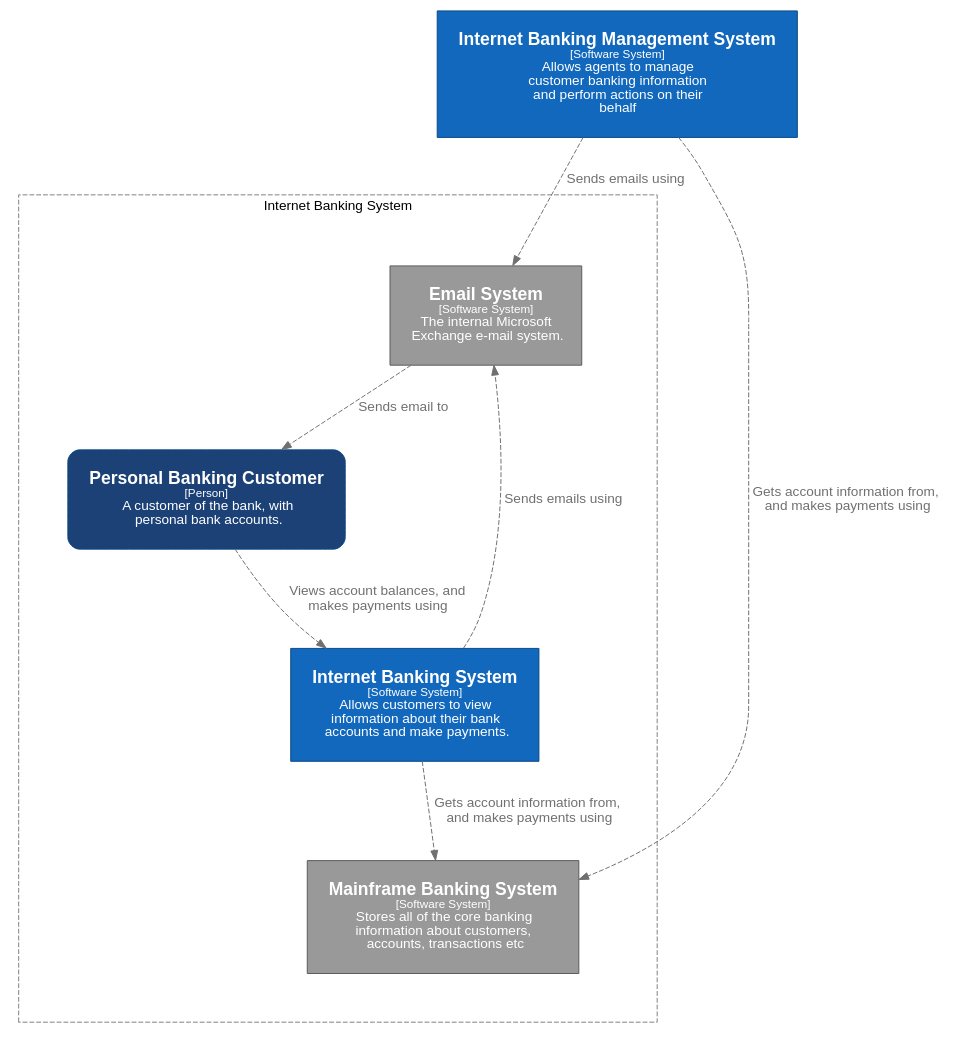
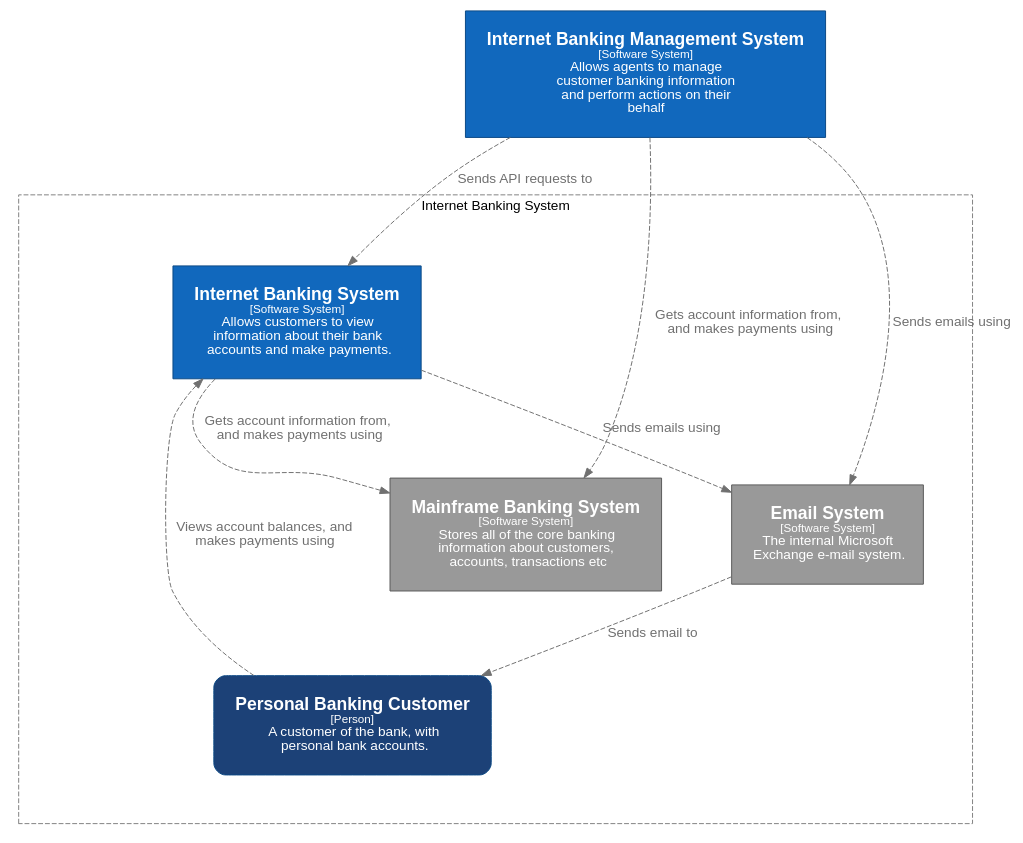
Before and after one commit to c4mjs/c4mjs: the diagram in packages/graphviz/src/__stubs__/internetBanking.c1.dot, drawn with Graphviz. The commit also changed 10 other files, not shown here.

```diff
--- a/packages/graphviz/src/__stubs__/internetBanking.c1.dot
+++ b/packages/graphviz/src/__stubs__/internetBanking.c1.dot
@@ -1,68 +1,69 @@
 digraph {
     compound=true
     graph [fontname="Arial", rankdir=TB, ranksep=1.0, nodesep=1.0]
     node [fontname="Arial", shape=box, margin="0.3,0.3"]
     edge [fontname="Arial"]
 
     subgraph cluster_internetBanking {
         label = "Internet Banking System"
         style = "dashed"
         color = "grey"
         margin="50,50"
         
-        internetBanking__emailSystem [
-        id="internetBanking__emailSystem",
+        internetBanking__internetBankingSystem [
+        id="internetBanking__internetBankingSystem",
         shape="rectangle",
-        label=<<font point-size="18"><b>Email System</b></font><br /><font point-size="12">[Software System]</font><br /><font point-size="14">  The internal Microsoft <br />Exchange e-mail system.</font>>,
+        label=<<font point-size="18"><b>Internet Banking System</b></font><br /><font point-size="12">[Software System]</font><br /><font point-size="14">  Allows customers to view <br />information about their bank <br />accounts and make payments.</font>>,
         style="filled",
-        color="#5a5a5a",
-        fillcolor="#999999",
+        color="#0b4884",
+        fillcolor="#1168bd",
         fontcolor="#ffffff"
     ]
 internetBanking__mainframeBankingSystem [
         id="internetBanking__mainframeBankingSystem",
         shape="rectangle",
         label=<<font point-size="18"><b>Mainframe Banking System</b></font><br /><font point-size="12">[Software System]</font><br /><font point-size="14">  Stores all of the core banking <br />information about customers, <br />accounts, transactions etc</font>>,
+        style="filled",
+        color="#5a5a5a",
+        fillcolor="#999999",
+        fontcolor="#ffffff"
+    ]
+internetBanking__emailSystem [
+        id="internetBanking__emailSystem",
+        shape="rectangle",
+        label=<<font point-size="18"><b>Email System</b></font><br /><font point-size="12">[Software System]</font><br /><font point-size="14">  The internal Microsoft <br />Exchange e-mail system.</font>>,
         style="filled",
         color="#5a5a5a",
         fillcolor="#999999",
         fontcolor="#ffffff"
     ]
 internetBanking__customer [
         id="internetBanking__customer",
         shape="rectangle",
         label=<<font point-size="18"><b>Personal Banking Customer</b></font><br /><font point-size="12">[Person]</font><br /><font point-size="14">  A customer of the bank, with <br />personal bank accounts.</font>>,
         style="filled,rounded",
         color="#0b4884",
         fillcolor="#1C4177",
         fontcolor="#ffffff"
     ]
-internetBanking__internetBankingSystem [
-        id="internetBanking__internetBankingSystem",
-        shape="rectangle",
-        label=<<font point-size="18"><b>Internet Banking System</b></font><br /><font point-size="12">[Software System]</font><br /><font point-size="14">  Allows customers to view <br />information about their bank <br />accounts and make payments.</font>>,
-        style="filled",
-        color="#0b4884",
-        fillcolor="#1168bd",
-        fontcolor="#ffffff"
-    ]
         
     }
 
 internetBankingAgent__internetBankingManagementSystem [
         id="internetBankingAgent__internetBankingManagementSystem",
         shape="rectangle",
         label=<<font point-size="18"><b>Internet Banking Management System</b></font><br /><font point-size="12">[Software System]</font><br /><font point-size="14">  Allows agents to manage <br />customer banking information <br />and perform actions on their <br />behalf</font>>,
         style="filled",
         color="#0b4884",
         fillcolor="#1168bd",
         fontcolor="#ffffff"
     ]
-internetBankingAgent__internetBankingManagementSystem -> internetBanking__emailSystem [ id="100000", label=<<font point-size="14">  Sends emails using</font>>, style="dashed", color="#707070", fontcolor="#707070" ]
+internetBankingAgent__internetBankingManagementSystem -> internetBanking__internetBankingSystem [ id="100001", label=<<font point-size="14">  Sends API requests to</font>>, style="dashed", color="#707070", fontcolor="#707070" ]
 internetBankingAgent__internetBankingManagementSystem -> internetBanking__mainframeBankingSystem [ id="100002", label=<<font point-size="14">  Gets account information from, <br />and makes payments using</font>>, style="dashed", color="#707070", fontcolor="#707070" ]
-internetBanking__emailSystem -> internetBanking__customer [ id="100004", label=<<font point-size="14">  Sends email to</font>>, style="dashed", color="#707070", fontcolor="#707070" ]
-internetBanking__internetBankingSystem -> internetBanking__mainframeBankingSystem [ id="100008", label=<<font point-size="14">  Gets account information from, <br />and makes payments using</font>>, style="dashed", color="#707070", fontcolor="#707070" ]
-internetBanking__internetBankingSystem -> internetBanking__emailSystem [ id="100010", label=<<font point-size="14">  Sends emails using</font>>, style="dashed", color="#707070", fontcolor="#707070" ]
-internetBanking__customer -> internetBanking__internetBankingSystem [ id="100016", label=<<font point-size="14">  Views account balances, and <br />makes payments using</font>>, style="dashed", color="#707070", fontcolor="#707070" ]
+internetBankingAgent__internetBankingManagementSystem -> internetBanking__emailSystem [ id="100003", label=<<font point-size="14">  Sends emails using</font>>, style="dashed", color="#707070", fontcolor="#707070" ]
+internetBanking__customer -> internetBanking__internetBankingSystem [ id="100004", label=<<font point-size="14">  Views account balances, and <br />makes payments using</font>>, style="dashed", color="#707070", fontcolor="#707070" ]
+internetBanking__emailSystem -> internetBanking__customer [ id="100006", label=<<font point-size="14">  Sends email to</font>>, style="dashed", color="#707070", fontcolor="#707070" ]
+internetBanking__internetBankingSystem -> internetBanking__mainframeBankingSystem [ id="100011", label=<<font point-size="14">  Gets account information from, <br />and makes payments using</font>>, style="dashed", color="#707070", fontcolor="#707070" ]
+internetBanking__internetBankingSystem -> internetBanking__emailSystem [ id="100014", label=<<font point-size="14">  Sends emails using</font>>, style="dashed", color="#707070", fontcolor="#707070" ]
      
 }
```
